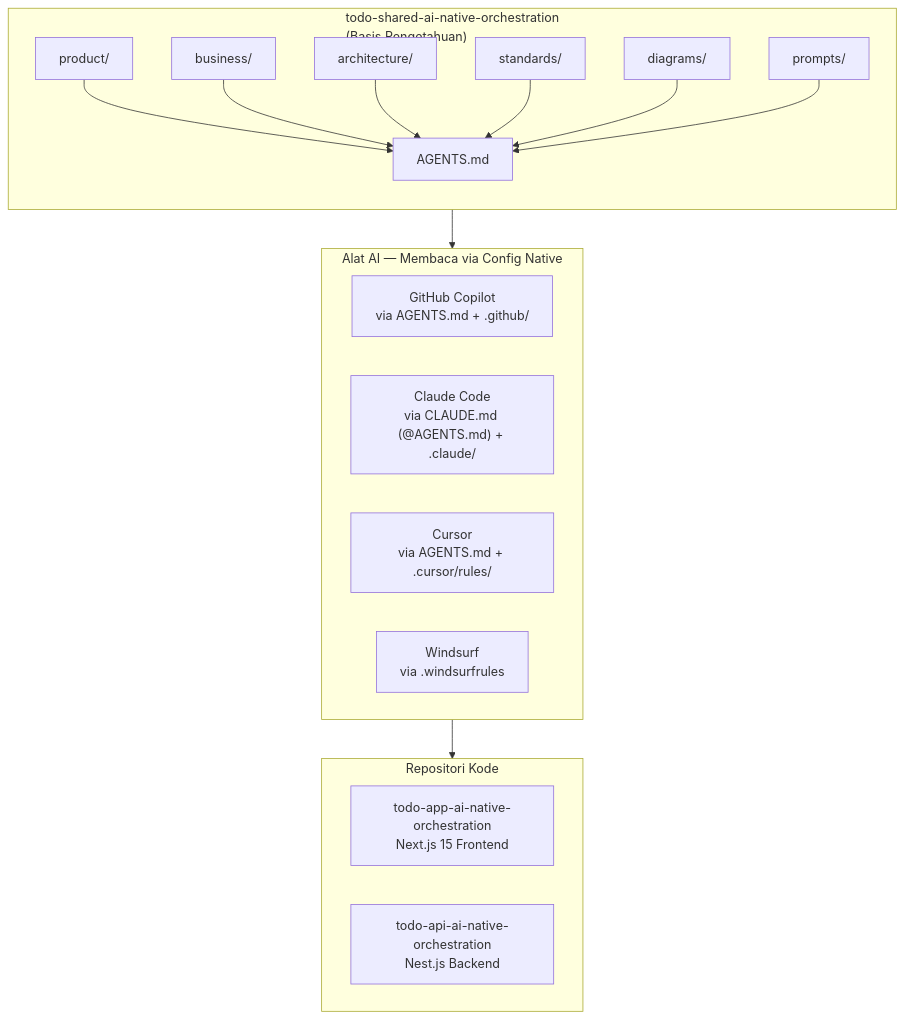
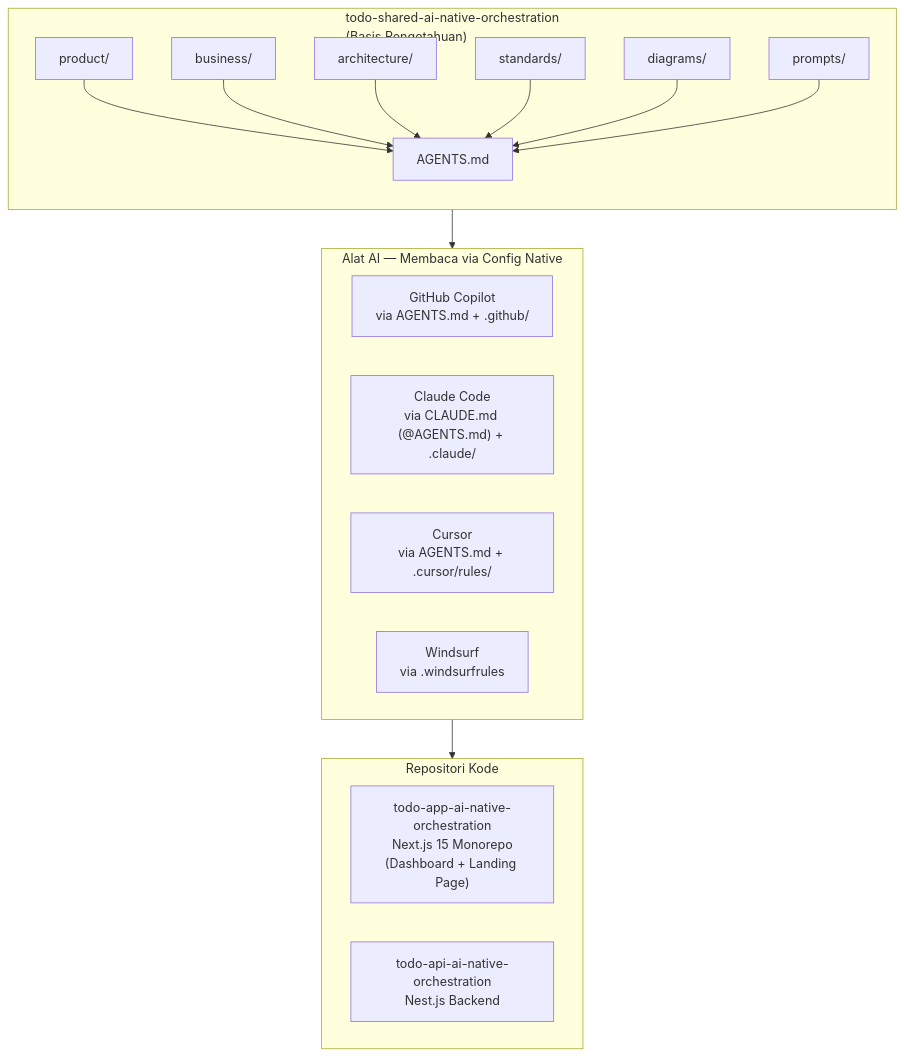
One commit to satryawiguna/todo-shared-ai-native changed the diagram in docs/ai-orchestration-strategy.md. Above: the diagram before and after it, drawn with Mermaid. The commit also changed 9 other files, not shown here.

Commit message:
feat: enhance documentation for Todo project architecture and usage guidelines

````diff
--- a/docs/ai-orchestration-strategy.md
+++ b/docs/ai-orchestration-strategy.md
@@ -9,27 +9,27 @@
 ```mermaid
 flowchart TB
     subgraph Shared["todo-shared-ai-native-orchestration<br/>(Basis Pengetahuan)"]
         direction TB
         P[product/] --> AGENTS[AGENTS.md]
         B[business/] --> AGENTS
         A[architecture/] --> AGENTS
         S[standards/] --> AGENTS
         D[diagrams/] --> AGENTS
         PR[prompts/] --> AGENTS
     end
 
     subgraph Tools["Alat AI — Membaca via Config Native"]
         COPILOT["GitHub Copilot<br/>via AGENTS.md + .github/"]
         CLAUDE["Claude Code<br/>via CLAUDE.md (@AGENTS.md) + .claude/"]
         CURSOR["Cursor<br/>via AGENTS.md + .cursor/rules/"]
         WINDSURF["Windsurf<br/>via .windsurfrules"]
     end
 
     subgraph Code["Repositori Kode"]
-        FRONTEND["todo-app-ai-native-orchestration<br/>Next.js 15 Frontend"]
+        FRONTEND["todo-app-ai-native-orchestration<br/>Next.js 15 Monorepo<br/>(Dashboard + Landing Page)"]
         BACKEND["todo-api-ai-native-orchestration<br/>Nest.js Backend"]
     end
 
     Shared --> Tools
     Tools --> Code
 ```
````
